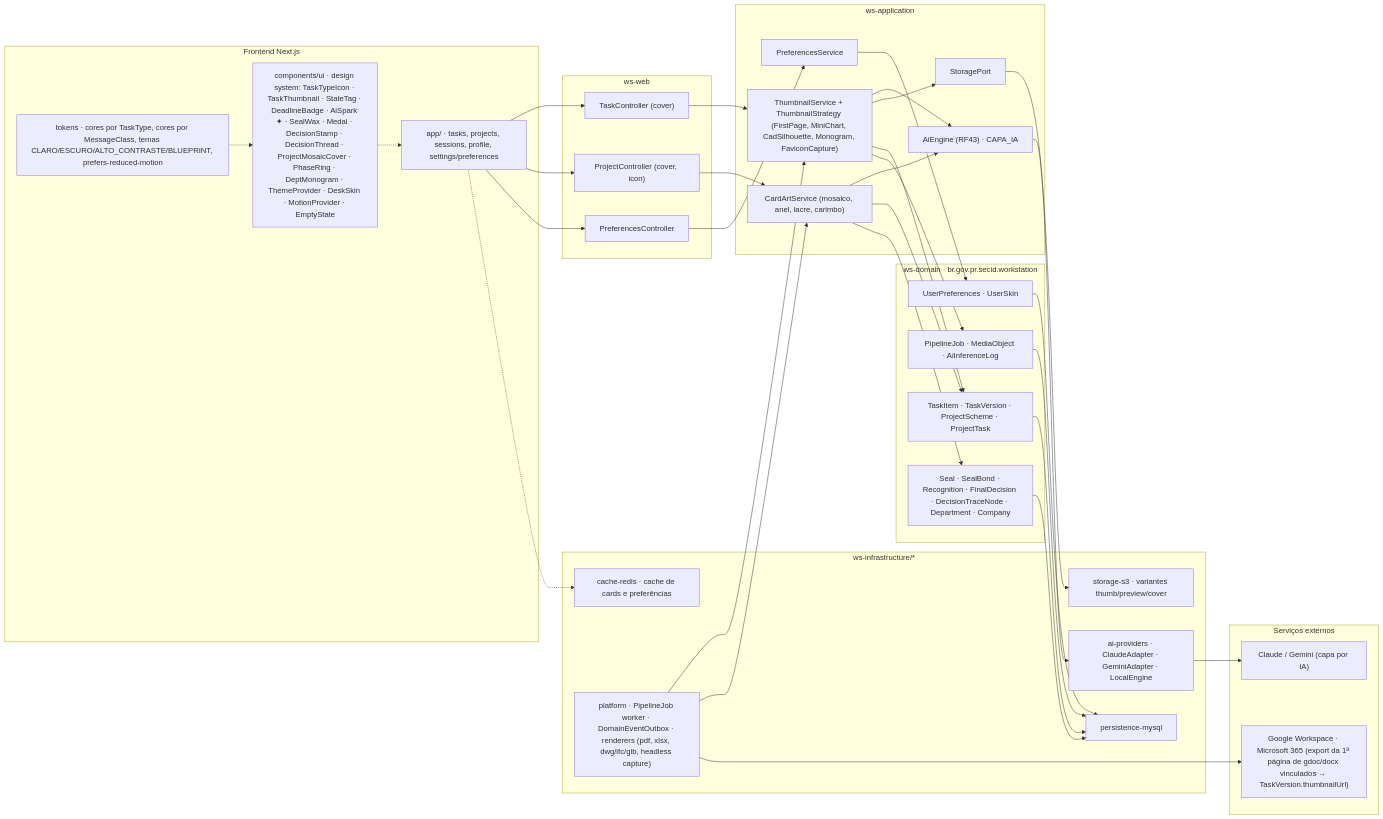
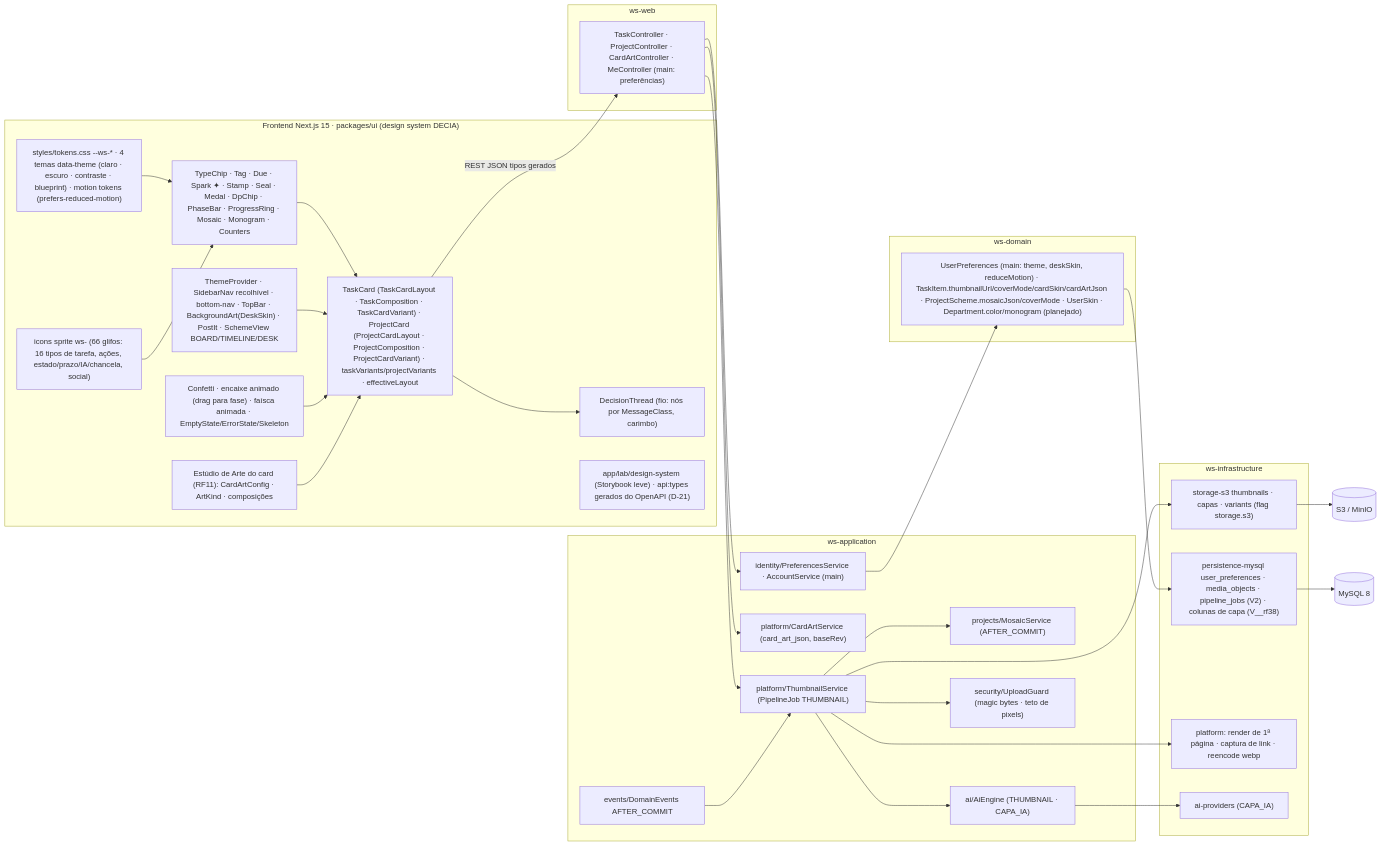
The fifth of 5 diagrams in docs/diagramas/RF38/README.md (MatheusHaliski/Decia-app-2026), drawn with Mermaid before and after one commit. The commit also changed other lines of this file and 1 other file, not shown here.

First line of the commit message:
docs(diagramas): reescreve RF37–RF38 (Ata Viva, identidade visual com enums da anatomia v3)

````diff
--- a/docs/diagramas/RF38/README.md
+++ b/docs/diagramas/RF38/README.md
@@ -585,69 +533,51 @@
 ```mermaid
 flowchart LR
-  subgraph FE["Frontend Next.js"]
-    FE1["app/ · tasks, projects, sessions, profile, settings/preferences"]
-    FE2["components/ui · design system: TaskTypeIcon · TaskThumbnail · StateTag · DeadlineBadge · AiSpark ✦ · SealWax · Medal · DecisionStamp · DecisionThread · ProjectMosaicCover · PhaseRing · DeptMonogram · ThemeProvider · DeskSkin · MotionProvider · EmptyState"]
-    FE3["tokens · cores por TaskType, cores por MessageClass, temas CLARO/ESCURO/ALTO_CONTRASTE/BLUEPRINT, prefers-reduced-motion"]
+  subgraph FRONT["Frontend Next.js 15 · packages/ui (design system DECIA)"]
+    TOK["styles/tokens.css --ws-* · 4 temas data-theme (claro · escuro · contraste · blueprint) · motion tokens (prefers-reduced-motion)"]
+    GL["icons sprite ws-<nome> (66 glifos: 16 tipos de tarefa, ações, estado/prazo/IA/chancela, social)"]
+    CARDS["TaskCard (TaskCardLayout · TaskComposition · TaskCardVariant) · ProjectCard (ProjectCardLayout · ProjectComposition · ProjectCardVariant) · taskVariants/projectVariants · effectiveLayout"]
+    ATOMS["TypeChip · Tag · Due · Spark ✦ · Stamp · Seal · Medal · DpChip · PhaseBar · ProgressRing · Mosaic · Monogram · Counters"]
+    THREAD["DecisionThread (fio: nós por MessageClass, carimbo)"]
+    SHELL["ThemeProvider · SidebarNav recolhível · bottom-nav · TopBar · BackgroundArt(DeskSkin) · PostIt · SchemeView BOARD/TIMELINE/DESK"]
+    FX["Confetti · encaixe animado (drag para fase) · faísca animada · EmptyState/ErrorState/Skeleton"]
+    STUDIO["Estúdio de Arte do card (RF11): CardArtConfig · ArtKind · composições"]
+    LAB["app/lab/design-system (Storybook leve) · api:types gerados do OpenAPI (D-21)"]
+    TOK --> ATOMS --> CARDS
+    GL --> ATOMS
+    CARDS --> THREAD
+    SHELL --> CARDS
+    FX --> CARDS
+    STUDIO --> CARDS
   end
-
   subgraph WEB["ws-web"]
-    C1["TaskController (cover)"]
-    C2["ProjectController (cover, icon)"]
-    C3["PreferencesController"]
+    CTRL["TaskController · ProjectController · CardArtController · MeController (main: preferências)"]
   end
-
-  subgraph APP["ws-application"]
-    S1["ThumbnailService + ThumbnailStrategy (FirstPage, MiniChart, CadSilhouette, Monogram, FaviconCapture)"]
-    S2["CardArtService (mosaico, anel, lacre, carimbo)"]
-    S3["PreferencesService"]
-    S4["AiEngine (RF43) · CAPA_IA"]
-    P1["StoragePort"]
+  subgraph APPL["ws-application"]
+    TH["platform/ThumbnailService (PipelineJob THUMBNAIL)"]
+    MO["projects/MosaicService (AFTER_COMMIT)"]
+    CA["platform/CardArtService (card_art_json, baseRev)"]
+    PR["identity/PreferencesService · AccountService (main)"]
+    AIE["ai/AiEngine (THUMBNAIL · CAPA_IA)"]
+    UG["security/UploadGuard (magic bytes · teto de pixels)"]
+    DE["events/DomainEvents AFTER_COMMIT"]
   end
-
-  subgraph DOM["ws-domain · br.gov.pr.secid.workstation"]
-    D1["TaskItem · TaskVersion · ProjectScheme · ProjectTask"]
-    D2["UserPreferences · UserSkin"]
-    D3["PipelineJob · MediaObject · AiInferenceLog"]
-    D4["Seal · SealBond · Recognition · FinalDecision · DecisionTraceNode · Department · Company"]
+  subgraph DOM["ws-domain"]
+    ENT["UserPreferences (main: theme, deskSkin, reduceMotion) · TaskItem.thumbnailUrl/coverMode/cardSkin/cardArtJson · ProjectScheme.mosaicJson/coverMode · UserSkin · Department.color/monogram (planejado)"]
   end
-
-  subgraph INFRA["ws-infrastructure/*"]
-    I1["persistence-mysql"]
-    I2["storage-s3 · variantes thumb/preview/cover"]
-    I3["cache-redis · cache de cards e preferências"]
-    I4["ai-providers · ClaudeAdapter · GeminiAdapter · LocalEngine"]
-    I5["platform · PipelineJob worker · DomainEventOutbox · renderers (pdf, xlsx, dwg/ifc/glb, headless capture)"]
+  subgraph INFRA["ws-infrastructure"]
+    MY["persistence-mysql user_preferences · media_objects · pipeline_jobs (V2) · colunas de capa (V__rf38)"]
+    S3A["storage-s3 thumbnails · capas · variants (flag storage.s3)"]
+    PLAT["platform: render de 1ª página · captura de link · reencode webp"]
+    AIP["ai-providers (CAPA_IA)"]
   end
-
-  subgraph EXT["Serviços externos"]
-    X1["Claude / Gemini (capa por IA)"]
-    X2["Google Workspace · Microsoft 365 (export da 1ª página de gdoc/docx vinculados → TaskVersion.thumbnailUrl)"]
-  end
-
-  FE1 --> C1
-  FE1 --> C2
-  FE1 --> C3
-  FE2 -.-> FE1
-  FE3 -.-> FE2
-  C1 --> S1
-  C2 --> S2
-  C3 --> S3
-  S1 --> S4
-  S2 --> S4
-  S1 --> P1
-  S1 --> D1
-  S1 --> D3
-  S2 --> D1
-  S2 --> D4
-  S3 --> D2
-  D1 --> I1
-  D2 --> I1
-  D3 --> I1
-  D4 --> I1
-  P1 --> I2
-  S4 --> I4 --> X1
-  I5 --> S1
-  I5 --> S2
-  I5 --> X2
-  FE1 -.-> I3
+  CARDS -->|REST JSON tipos gerados| CTRL
+  CTRL --> TH
+  CTRL --> CA
+  CTRL --> PR
+  DE --> TH --> MO
+  TH --> AIE --> AIP
+  TH --> UG
+  TH --> PLAT
+  TH --> S3A --> S3[("S3 / MinIO")]
+  PR --> ENT --> MY --> MYSQL[("MySQL 8")]
 ```
````
